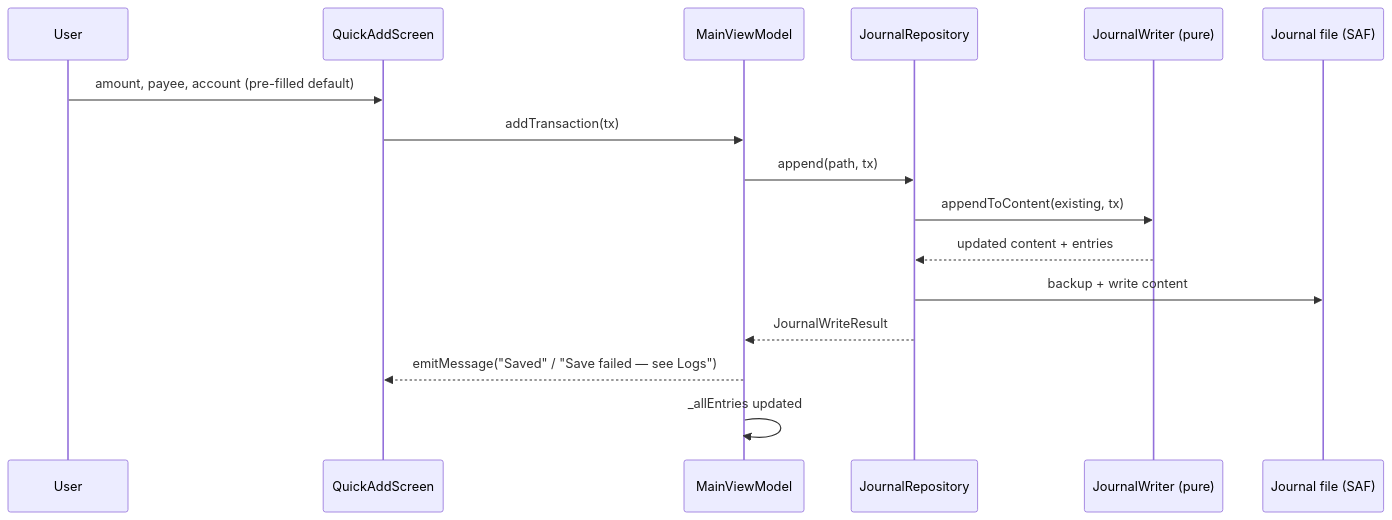
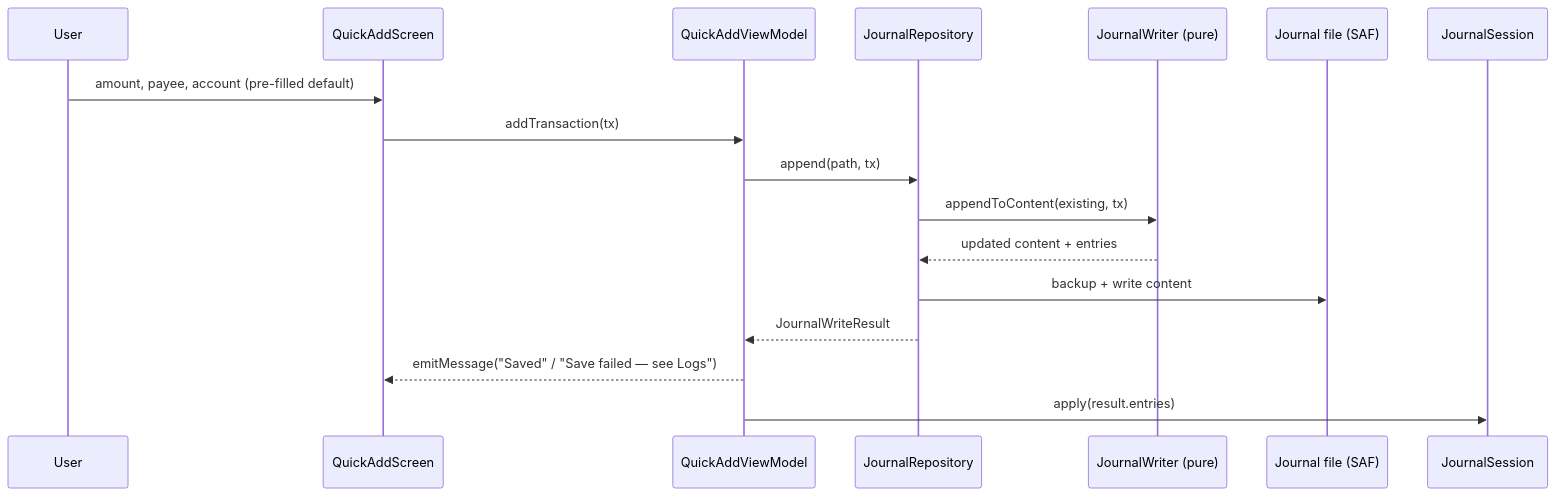
Before and after one commit to ukizet/NotifLedger: the third of 8 diagrams in docs/architecture.md, drawn with Mermaid. The commit also changed other lines of this file and 40 other files, not shown here.

````diff
--- a/docs/architecture.md
+++ b/docs/architecture.md
@@ -131,19 +135,20 @@
 ```mermaid
 sequenceDiagram
     participant U as User
     participant QA as QuickAddScreen
-    participant VM as MainViewModel
+    participant VM as QuickAddViewModel
     participant R as JournalRepository
     participant J as JournalWriter (pure)
     participant SAF as Journal file (SAF)
+    participant S as JournalSession
 
     U->>QA: amount, payee, account (pre-filled default)
     QA->>VM: addTransaction(tx)
     VM->>R: append(path, tx)
     R->>J: appendToContent(existing, tx)
     J-->>R: updated content + entries
     R->>SAF: backup + write content
     R-->>VM: JournalWriteResult
     VM-->>QA: emitMessage("Saved" / "Save failed — see Logs")
-    VM->>VM: _allEntries updated
+    VM->>S: apply(result.entries)
 ```
````
